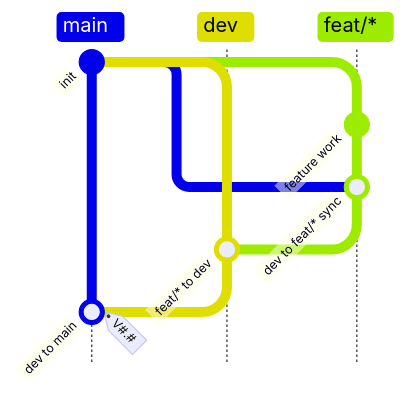
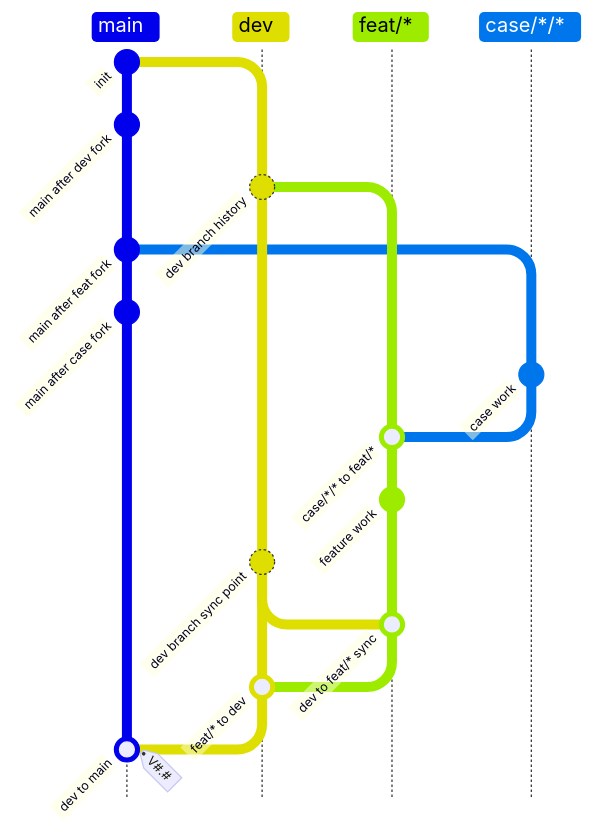
Before and after one commit to ylang-ylang/gitguard: the diagram in .git-guard/contribution.md, drawn with Mermaid. The commit also changed other lines of this file and 4 other files, not shown here.

````diff
--- a/.git-guard/contribution.md
+++ b/.git-guard/contribution.md
@@ -3,18 +3,38 @@
 ```mermaid
 gitGraph TB:
     commit id:"init"
-    branch dev
+
+    checkout main
+    branch dev order: 1
+    checkout main
+    commit id:"main after dev fork"
+
     checkout dev
-    branch "feat/*"
+    commit id:"dev branch history"
+    branch "feat/*" order: 2
+    checkout main
+    commit id:"main after feat fork"
+
+    checkout main
+    branch "case/*/*" order: 3
+    checkout main
+    commit id:"main after case fork"
+
+    checkout "case/*/*"
+    commit id:"case work"
+
     checkout "feat/*"
+    merge "case/*/*" id:"case/*/* to feat/*"
     commit id:"feature work"
 
+    checkout dev
+    commit id:"dev branch sync point"
     checkout "feat/*"
     merge dev id:"dev to feat/* sync"
 
     checkout dev
     merge "feat/*" id:"feat/* to dev"
 
     checkout main
     merge dev id:"dev to main" tag:"V#.#"
 ```
````
